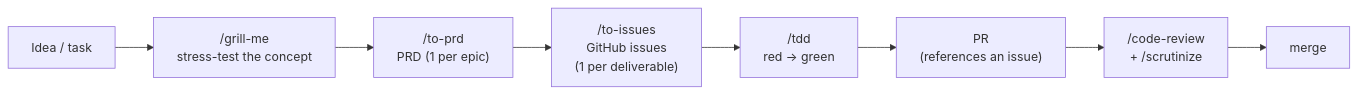
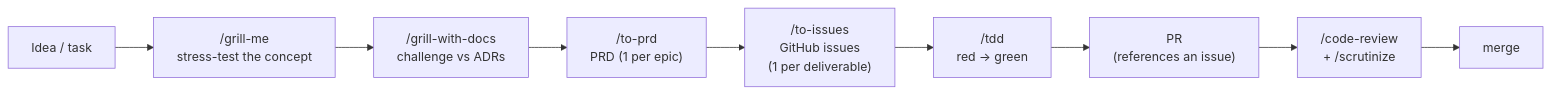
The first of 2 diagrams in docs/development-workflow.en.md (xenodeve/xeno-skills), drawn with Mermaid before and after one commit. The commit also changed 6 other files, not shown here.

````diff
--- a/docs/development-workflow.en.md
+++ b/docs/development-workflow.en.md
@@ -21,10 +21,11 @@
 ```mermaid
 graph LR
     Idea["Idea / task"] --> Grill["/grill-me<br/>stress-test the concept"]
-    Grill --> PRD["/to-prd<br/>PRD (1 per epic)"]
+    Grill --> GrillDocs["/grill-with-docs<br/>challenge vs ADRs"]
+    GrillDocs --> PRD["/to-prd<br/>PRD (1 per epic)"]
     PRD --> Issues["/to-issues<br/>GitHub issues<br/>(1 per deliverable)"]
     Issues --> TDD["/tdd<br/>red → green"]
     TDD --> PR["PR<br/>(references an issue)"]
     PR --> Review["/code-review<br/>+ /scrutinize"]
     Review --> Merge["merge"]
 ```
````
